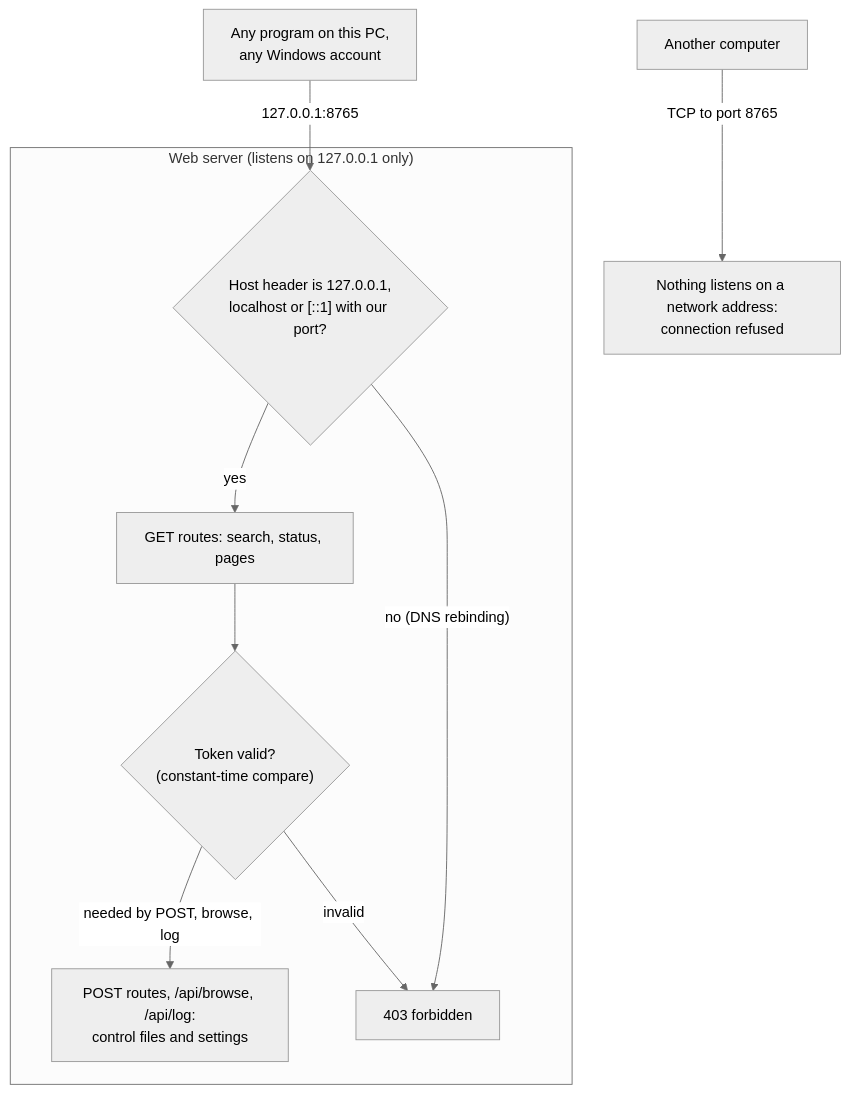
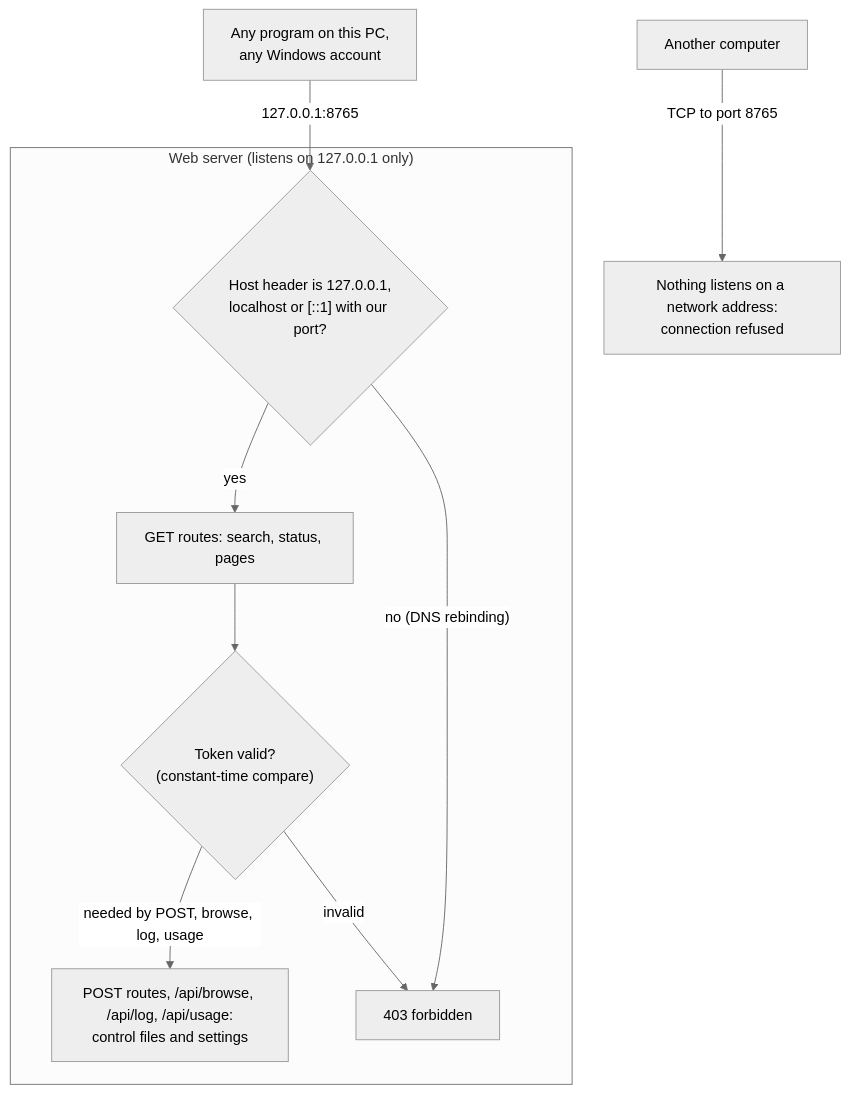
Before and after one commit to igrowing/sindex: diagram 16 of 16 in architecture.md, drawn with Mermaid (neutral theme). The commit also changed other lines of this file, not shown here.

````diff
--- a/architecture.md
+++ b/architecture.md
@@ -977,17 +1025,17 @@
 ```mermaid
 flowchart TB
     net["Another computer"] -->|"TCP to port 8765"| nolisten["Nothing listens on a network address:<br/>connection refused"]
     local["Any program on this PC,<br/>any Windows account"] -->|"127.0.0.1:8765"| host
 
     subgraph srv["Web server (listens on 127.0.0.1 only)"]
         host{"Host header is 127.0.0.1,<br/>localhost or [::1] with our port?"}
         route["GET routes: search, status, pages"]
         tok{"Token valid?<br/>(constant-time compare)"}
-        priv["POST routes, /api/browse, /api/log:<br/>control files and settings"]
+        priv["POST routes, /api/browse, /api/log, /api/usage:<br/>control files and settings"]
         host -->|yes| route
         host -->|"no (DNS rebinding)"| deny["403 forbidden"]
         route --> tok
-        tok -->|"needed by POST, browse, log"| priv
+        tok -->|"needed by POST, browse, log, usage"| priv
         tok -->|"invalid"| deny
     end
 ```
````
